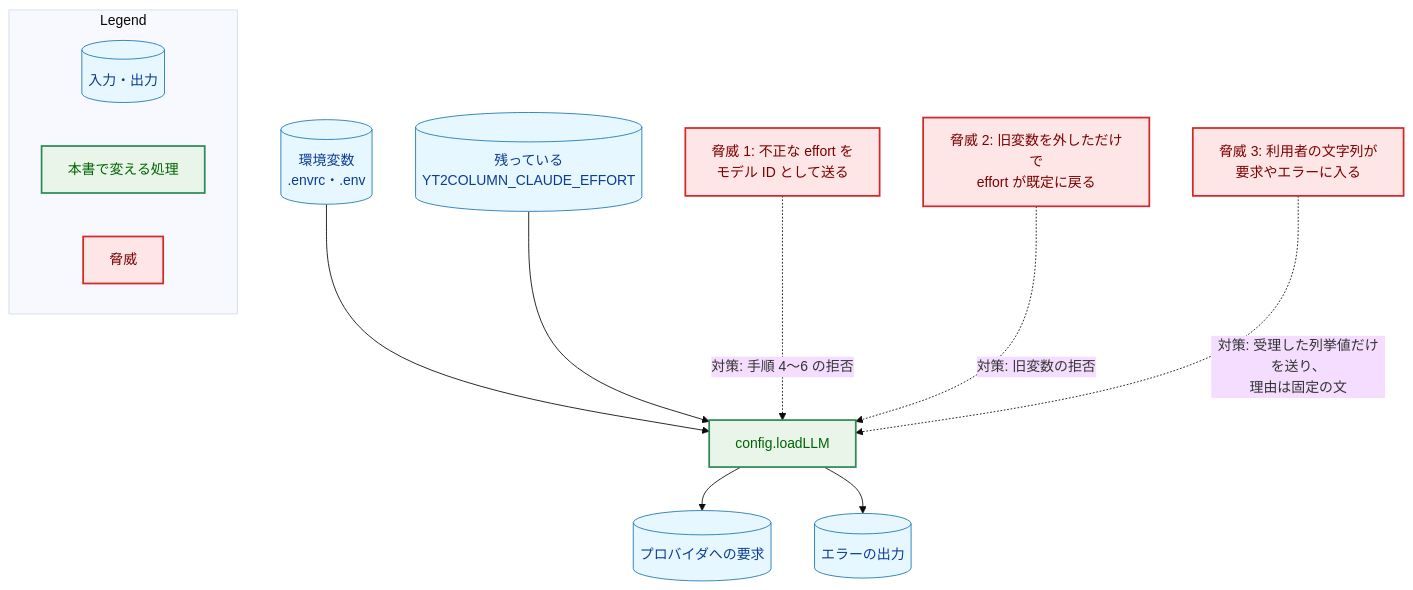
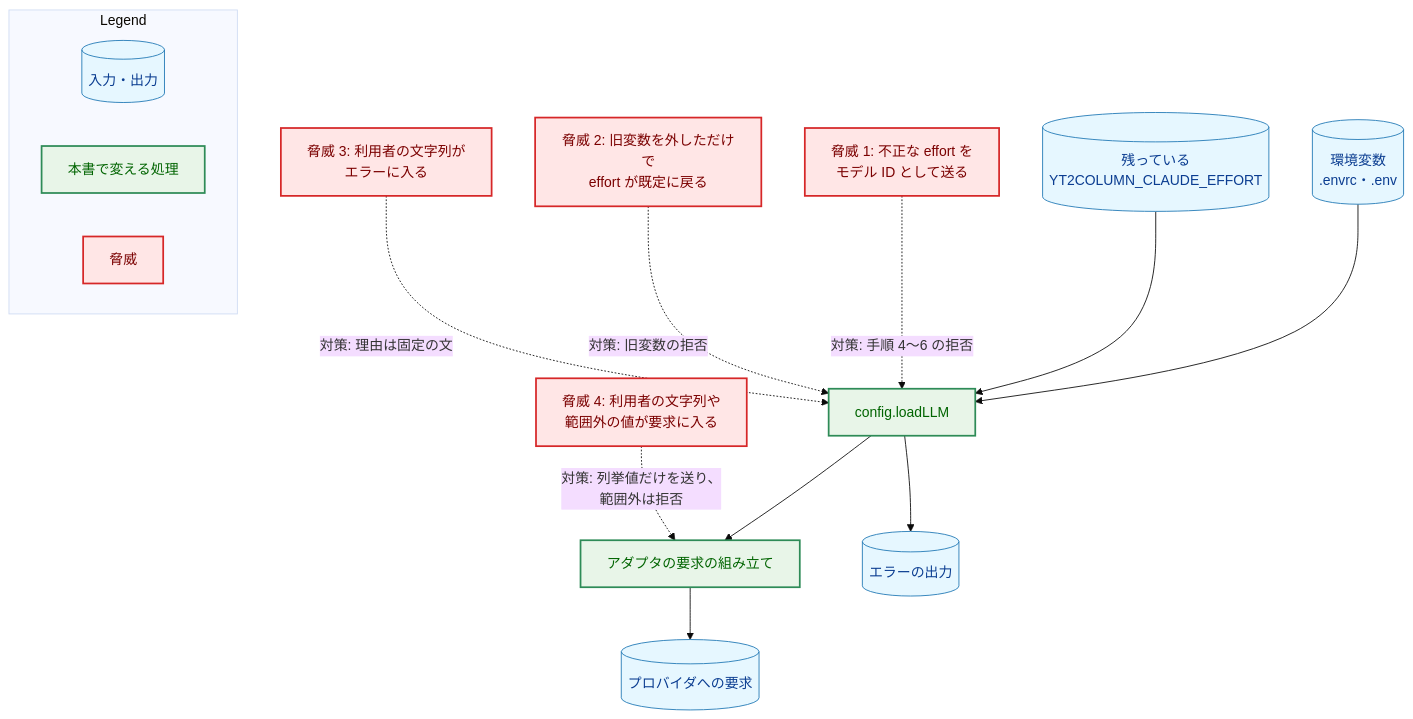
One commit to isseis/yt2column changed the fourth of 5 diagrams in docs/tasks/0051_llm_effort/02_architecture.md. Above: the diagram before and after it, drawn with Mermaid (base theme). The commit also changed other lines of this file, not shown here.

First line of the commit message:
docs(0051): apply the architecture and prose review fixes

````diff
--- a/docs/tasks/0051_llm_effort/02_architecture.md
+++ b/docs/tasks/0051_llm_effort/02_architecture.md
@@ -489,37 +509,41 @@
 ```mermaid
 flowchart TD
     classDef data fill:#e6f7ff,stroke:#1f77b4,stroke-width:1px,color:#0b3d91;
     classDef process fill:#fff1e6,stroke:#ff7f0e,stroke-width:1px,color:#8a3e00;
     classDef enhanced fill:#e8f5e8,stroke:#2e8b57,stroke-width:2px,color:#006400;
     classDef problem fill:#ffe6e6,stroke:#d62728,stroke-width:2px,color:#7b0000;
 
     ENV[("環境変数<br>.envrc・.env")]
     OLD[("残っている<br>YT2COLUMN_CLAUDE_EFFORT")]
     LOAD["config.loadLLM"]
+    ADP["アダプタの要求の組み立て"]
     T1["脅威 1: 不正な effort を<br>モデル ID として送る"]
     T2["脅威 2: 旧変数を外しただけで<br>effort が既定に戻る"]
-    T3["脅威 3: 利用者の文字列が<br>要求やエラーに入る"]
+    T3["脅威 3: 利用者の文字列が<br>エラーに入る"]
+    T4["脅威 4: 利用者の文字列や<br>範囲外の値が要求に入る"]
     REQ[("プロバイダへの要求")]
     OUT[("エラーの出力")]
 
     ENV --> LOAD
     OLD --> LOAD
-    LOAD --> REQ
+    LOAD --> ADP
+    ADP --> REQ
     LOAD --> OUT
     T1 -.->|"対策: 手順 4〜6 の拒否"| LOAD
     T2 -.->|"対策: 旧変数の拒否"| LOAD
-    T3 -.->|"対策: 受理した列挙値だけを送り、<br>理由は固定の文"| LOAD
+    T3 -.->|"対策: 理由は固定の文"| LOAD
+    T4 -.->|"対策: 列挙値だけを送り、<br>範囲外は拒否"| ADP
 
     class ENV,OLD,REQ,OUT data
-    class LOAD enhanced
-    class T1,T2,T3 problem
+    class LOAD,ADP enhanced
+    class T1,T2,T3,T4 problem
 
     subgraph Legend["Legend"]
         L1[("入力・出力")]
         L2["本書で変える処理"]
         L3["脅威"]
     end
     class L1 data
     class L2 enhanced
     class L3 problem
 ```
````
